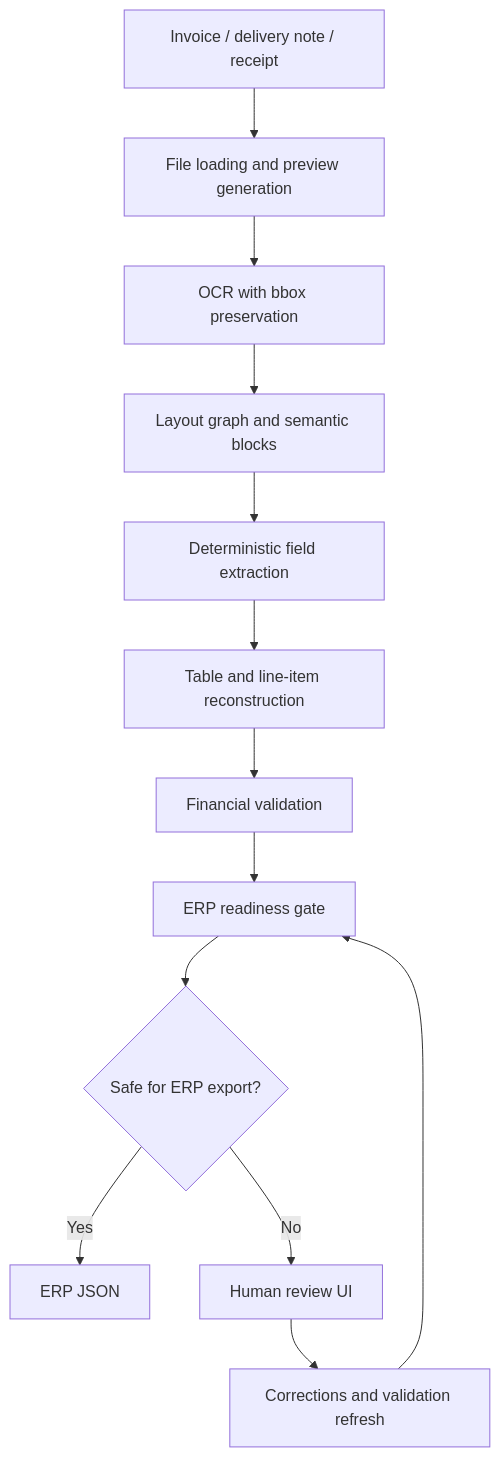
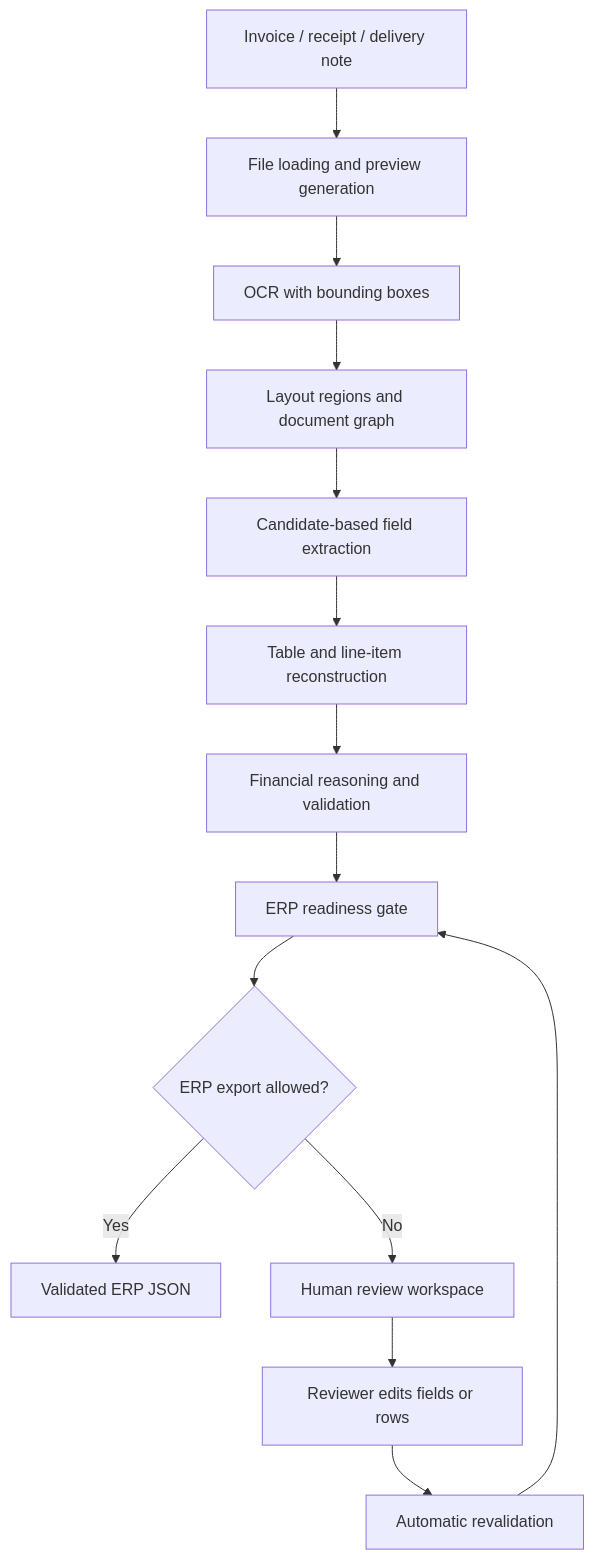
Before and after one commit to aymendhieb02/Smart-OCR-to-ERP-Platform: the diagram in README.md, drawn with Mermaid. The commit also changed other lines of this file and 7 other files, not shown here.

Commit message:
Improve review UI wording and validation workflow

````diff
--- a/README.md
+++ b/README.md
@@ -26,15 +25,16 @@
 ```mermaid
 flowchart TD
-    A["Invoice / delivery note / receipt"] --> B["File loading and preview generation"]
-    B --> C["OCR with bbox preservation"]
-    C --> D["Layout graph and semantic blocks"]
-    D --> E["Deterministic field extraction"]
+    A["Invoice / receipt / delivery note"] --> B["File loading and preview generation"]
+    B --> C["OCR with bounding boxes"]
+    C --> D["Layout regions and document graph"]
+    D --> E["Candidate-based field extraction"]
     E --> F["Table and line-item reconstruction"]
-    F --> G["Financial validation"]
+    F --> G["Financial reasoning and validation"]
     G --> H["ERP readiness gate"]
-    H --> I{"Safe for ERP export?"}
-    I -->|Yes| J["ERP JSON"]
-    I -->|No| K["Human review UI"]
-    K --> L["Corrections and validation refresh"]
-    L --> H
+    H --> I{"ERP export allowed?"}
+    I -->|Yes| J["Validated ERP JSON"]
+    I -->|No| K["Human review workspace"]
+    K --> L["Reviewer edits fields or rows"]
+    L --> M["Automatic revalidation"]
+    M --> H
 ```
````
